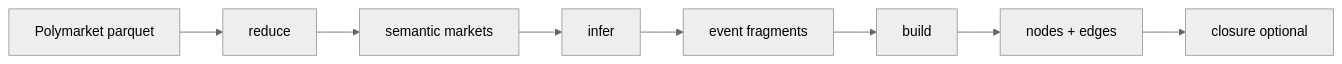
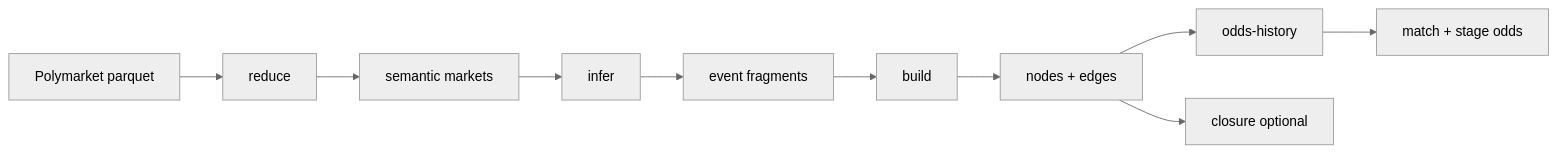
One commit to hypertrial/oddsfox-graph changed the second of 2 diagrams in docs/concepts/architecture.md. Above: the diagram before and after it, drawn with Mermaid (neutral theme). The commit also changed other lines of this file and 19 other files, not shown here.

````diff
--- a/docs/concepts/architecture.md
+++ b/docs/concepts/architecture.md
@@ -63,14 +63,17 @@
 ```mermaid
 flowchart LR
   parquet["Polymarket parquet"]
   reduce["reduce"]
   semantic["semantic markets"]
   infer["infer"]
   fragments["event fragments"]
   build["build"]
   export["nodes + edges"]
+  oddsHistory["odds-history"]
+  oddsArtifacts["match + stage odds"]
   closure["closure optional"]
 
   parquet --> reduce --> semantic --> infer --> fragments --> build --> export
+  export --> oddsHistory --> oddsArtifacts
   export --> closure
 ```
````
